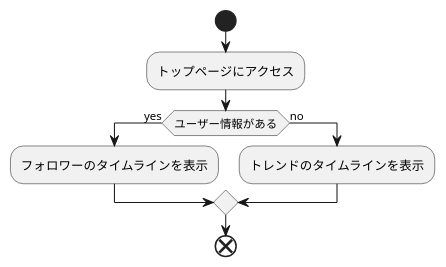
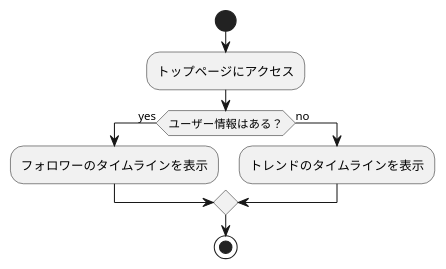
Before and after one commit to AkinoJoey/SocialNetworkingService: the diagram in diagrams/acticities/top.pu, drawn with PlantUML. The commit also changed 13 other files, not shown here.

```diff
--- a/diagrams/acticities/top.pu
+++ b/diagrams/acticities/top.pu
@@ -1,11 +1,11 @@
 @startuml top
 start
 :トップページにアクセス;
-if(ユーザー情報がある)then(yes)
+if(ユーザー情報はある？)then(yes)
     :フォロワーのタイムラインを表示;
 else(no)
     :トレンドのタイムラインを表示;
 endif
 
-end
+stop
 @enduml
```
